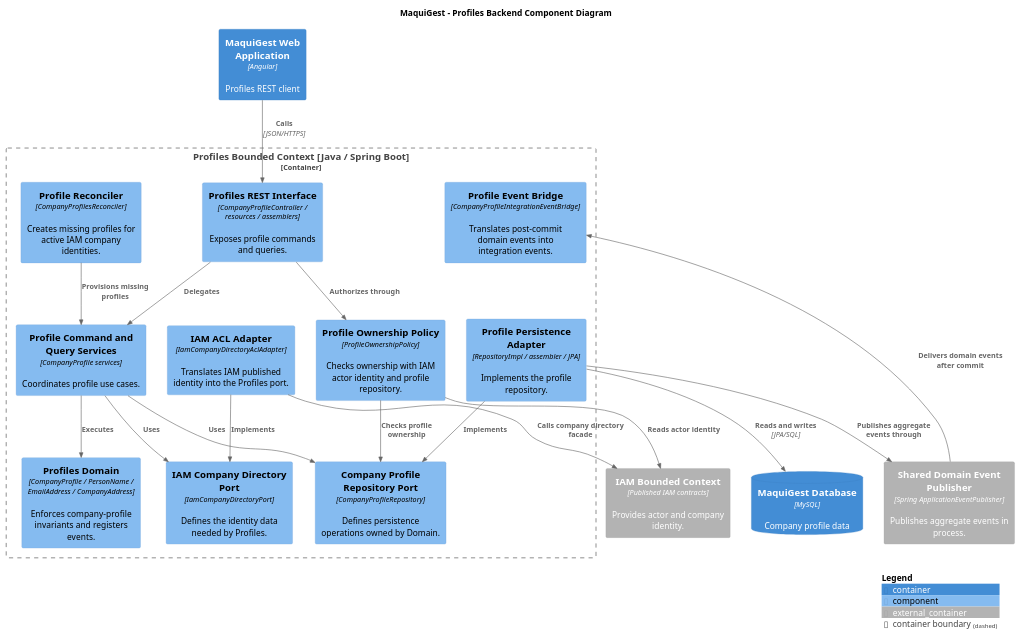
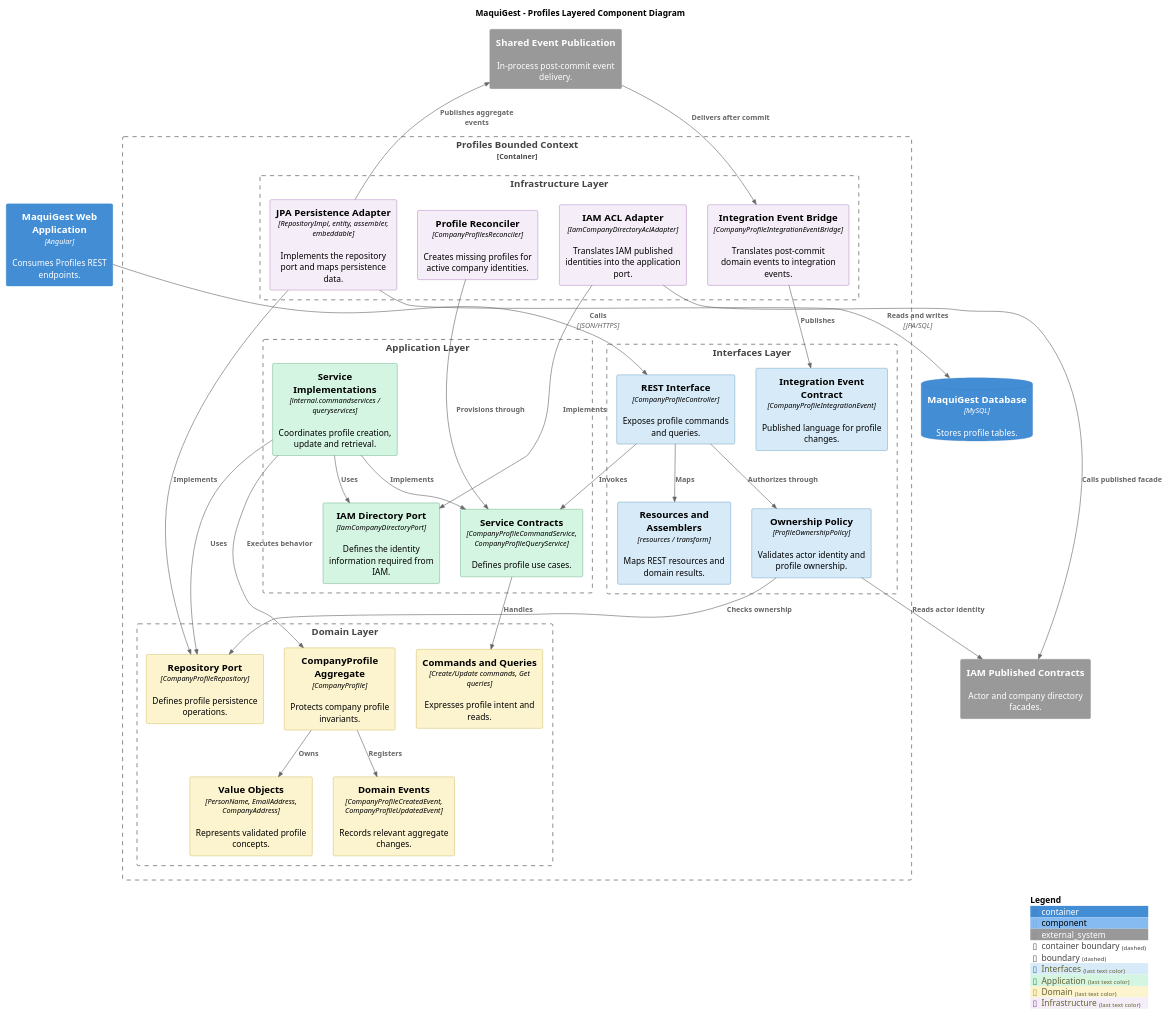
One commit to upc-pre-202620-1asi0729-7750-cleancode/maquigest-report changed the diagram in assets/plantuml/chapter-4/c4/component/backend/maquigest-backend-profiles-component-diagram.puml. Above: the diagram before and after it, drawn with PlantUML. The commit also changed 13 other files, not shown here.

Commit message:
fix(docs): correct backend component diagrams

```diff
--- a/assets/plantuml/chapter-4/c4/component/backend/maquigest-backend-profiles-component-diagram.puml
+++ b/assets/plantuml/chapter-4/c4/component/backend/maquigest-backend-profiles-component-diagram.puml
@@ -1,36 +1,65 @@
 @startuml
 !include _includes/C4_Component.puml
-title MaquiGest - Profiles Backend Component Diagram
-Container(spa, "MaquiGest Web Application", "Angular", "Profiles REST client")
-Container_Ext(iam, "IAM Bounded Context", "Published IAM contracts", "Provides actor and company identity.")
-Container_Ext(shared, "Shared Domain Event Publisher", "Spring ApplicationEventPublisher", "Publishes aggregate events in process.")
-Container_Boundary(profiles, "Profiles Bounded Context [Java / Spring Boot]") {
- Component(rest, "Profiles REST Interface", "CompanyProfileController / resources / assemblers", "Exposes profile commands and queries.")
- Component(policy, "Profile Ownership Policy", "ProfileOwnershipPolicy", "Checks ownership with IAM actor identity and profile repository.")
- Component(app, "Profile Command and Query Services", "CompanyProfile services", "Coordinates profile use cases.")
- Component(domain, "Profiles Domain", "CompanyProfile / PersonName / EmailAddress / CompanyAddress", "Enforces company-profile invariants and registers events.")
- Component(repoPort, "Company Profile Repository Port", "CompanyProfileRepository", "Defines persistence operations owned by Domain.")
- Component(iamPort, "IAM Company Directory Port", "IamCompanyDirectoryPort", "Defines the identity data needed by Profiles.")
- Component(iamAdapter, "IAM ACL Adapter", "IamCompanyDirectoryAclAdapter", "Translates IAM published identity into the Profiles port.")
- Component(persistence, "Profile Persistence Adapter", "RepositoryImpl / assembler / JPA", "Implements the profile repository.")
- Component(reconciler, "Profile Reconciler", "CompanyProfilesReconciler", "Creates missing profiles for active IAM company identities.")
- Component(eventBridge, "Profile Event Bridge", "CompanyProfileIntegrationEventBridge", "Translates post-commit domain events into integration events.")
+LAYOUT_TOP_DOWN()
+AddElementTag("Interfaces", $bgColor="#D6EAF8", $borderColor="#2471A3")
+AddElementTag("Application", $bgColor="#D5F5E3", $borderColor="#1E8449")
+AddElementTag("Domain", $bgColor="#FCF3CF", $borderColor="#B7950B")
+AddElementTag("Infrastructure", $bgColor="#F5EEF8", $borderColor="#7D3C98")
+title MaquiGest - Profiles Layered Component Diagram
+
+Container(spa, "MaquiGest Web Application", "Angular", "Consumes Profiles REST endpoints.")
+System_Ext(iam, "IAM Published Contracts", "Actor and company directory facades.")
+ContainerDb(db, "MaquiGest Database", "MySQL", "Stores profile tables.")
+System_Ext(shared, "Shared Event Publication", "In-process post-commit event delivery.")
+
+Container_Boundary(context, "Profiles Bounded Context") {
+  Boundary(interfaces_layer, "Interfaces Layer") {
+    Component(profilesRest, "REST Interface", "CompanyProfileController", "Exposes profile commands and queries.", $tags="Interfaces")
+    Component(profilesPolicy, "Ownership Policy", "ProfileOwnershipPolicy", "Validates actor identity and profile ownership.", $tags="Interfaces")
+    Component(profilesResources, "Resources and Assemblers", "resources / transform", "Maps REST resources and domain results.", $tags="Interfaces")
+    Component(profilesEventContract, "Integration Event Contract", "CompanyProfileIntegrationEvent", "Published language for profile changes.", $tags="Interfaces")
+  }
+  Boundary(application_layer, "Application Layer") {
+    Component(profilesServices, "Service Contracts", "CompanyProfileCommandService, CompanyProfileQueryService", "Defines profile use cases.", $tags="Application")
+    Component(profilesImpl, "Service Implementations", "internal.commandservices / queryservices", "Coordinates profile creation, update and retrieval.", $tags="Application")
+    Component(profilesIamPort, "IAM Directory Port", "IamCompanyDirectoryPort", "Defines the identity information required from IAM.", $tags="Application")
+  }
+  Boundary(domain_layer, "Domain Layer") {
+    Component(profilesAggregate, "CompanyProfile Aggregate", "CompanyProfile", "Protects company profile invariants.", $tags="Domain")
+    Component(profilesValues, "Value Objects", "PersonName, EmailAddress, CompanyAddress", "Represents validated profile concepts.", $tags="Domain")
+    Component(profilesMessages, "Commands and Queries", "Create/Update commands, Get queries", "Expresses profile intent and reads.", $tags="Domain")
+    Component(profilesEvents, "Domain Events", "CompanyProfileCreatedEvent, CompanyProfileUpdatedEvent", "Records relevant aggregate changes.", $tags="Domain")
+    Component(profilesRepo, "Repository Port", "CompanyProfileRepository", "Defines profile persistence operations.", $tags="Domain")
+  }
+  Boundary(infrastructure_layer, "Infrastructure Layer") {
+    Component(profilesPersistence, "JPA Persistence Adapter", "RepositoryImpl, entity, assembler, embeddable", "Implements the repository port and maps persistence data.", $tags="Infrastructure")
+    Component(profilesIamAdapter, "IAM ACL Adapter", "IamCompanyDirectoryAclAdapter", "Translates IAM published identities into the application port.", $tags="Infrastructure")
+    Component(profilesReconciler, "Profile Reconciler", "CompanyProfilesReconciler", "Creates missing profiles for active company identities.", $tags="Infrastructure")
+    Component(profilesBridge, "Integration Event Bridge", "CompanyProfileIntegrationEventBridge", "Translates post-commit domain events to integration events.", $tags="Infrastructure")
+  }
 }
-ContainerDb(db, "MaquiGest Database", "MySQL", "Company profile data")
-Rel(spa, rest, "Calls", "JSON/HTTPS")
-Rel(rest, policy, "Authorizes through")
-Rel(policy, iam, "Reads actor identity")
-Rel(policy, repoPort, "Checks profile ownership")
-Rel(rest, app, "Delegates")
-Rel(app, domain, "Executes")
-Rel(app, repoPort, "Uses")
-Rel(app, iamPort, "Uses")
-Rel(iamAdapter, iamPort, "Implements")
-Rel(iamAdapter, iam, "Calls company directory facade")
-Rel(persistence, repoPort, "Implements")
-Rel(persistence, db, "Reads and writes", "JPA/SQL")
-Rel(persistence, shared, "Publishes aggregate events through")
-Rel(shared, eventBridge, "Delivers domain events after commit")
-Rel(reconciler, app, "Provisions missing profiles")
+
+Rel(spa, profilesRest, "Calls", "JSON/HTTPS")
+Rel(profilesRest, profilesPolicy, "Authorizes through")
+Rel(profilesPolicy, iam, "Reads actor identity")
+Rel(profilesPolicy, profilesRepo, "Checks ownership")
+Rel(profilesRest, profilesResources, "Maps")
+Rel(profilesRest, profilesServices, "Invokes")
+Rel(profilesImpl, profilesServices, "Implements")
+Rel(profilesImpl, profilesAggregate, "Executes behavior")
+Rel(profilesImpl, profilesRepo, "Uses")
+Rel(profilesImpl, profilesIamPort, "Uses")
+Rel(profilesServices, profilesMessages, "Handles")
+Rel(profilesAggregate, profilesValues, "Owns")
+Rel(profilesAggregate, profilesEvents, "Registers")
+Rel(profilesPersistence, profilesRepo, "Implements")
+Rel(profilesPersistence, db, "Reads and writes", "JPA/SQL")
+Rel(profilesIamAdapter, profilesIamPort, "Implements")
+Rel(profilesIamAdapter, iam, "Calls published facade")
+Rel(profilesReconciler, profilesServices, "Provisions through")
+Rel(profilesPersistence, shared, "Publishes aggregate events")
+Rel(shared, profilesBridge, "Delivers after commit")
+Rel(profilesBridge, profilesEventContract, "Publishes")
+
 SHOW_LEGEND()
 @enduml
```
